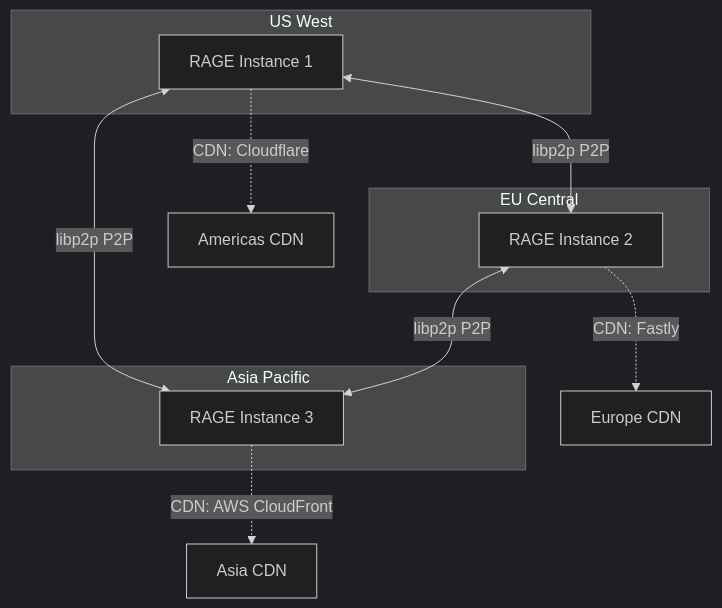
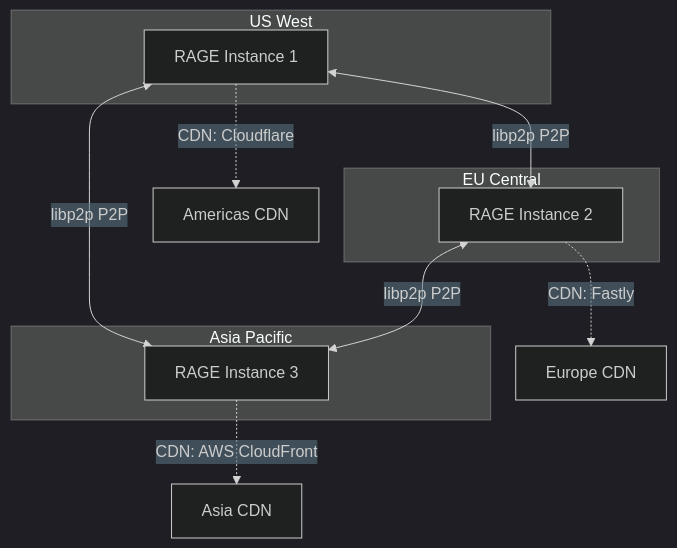
The second of 2 diagrams in docs/DEPLOYMENT.md (veics/rage_pitch), drawn with Mermaid before and after one commit. The commit also changed other lines of this file and 8 other files, not shown here.

````diff
--- a/docs/DEPLOYMENT.md
+++ b/docs/DEPLOYMENT.md
@@ -1313,21 +1313,21 @@
 ```mermaid
-%%{init: {'theme':'dark'}}%%
+%%{init: {'theme':'dark', 'flowchart': {'nodeSpacing': 30, 'rankSpacing': 40, 'curve': 'basis'}, 'themeVariables': {'labelBackground':'rgba(38, 50, 56, 0.1)'}}}%%
 graph TB
     subgraph "US West"
         US1[RAGE Instance 1]
     end
     subgraph "EU Central"
         EU1[RAGE Instance 2]
     end
     subgraph "Asia Pacific"
         AP1[RAGE Instance 3]
     end
     
     US1 <-->|libp2p P2P| EU1
     EU1 <-->|libp2p P2P| AP1
     AP1 <-->|libp2p P2P| US1
     
     US1 -.->|CDN: Cloudflare| CDN1[Americas CDN]
     EU1 -.->|CDN: Fastly| CDN2[Europe CDN]
     AP1 -.->|CDN: AWS CloudFront| CDN3[Asia CDN]
 ```
````
